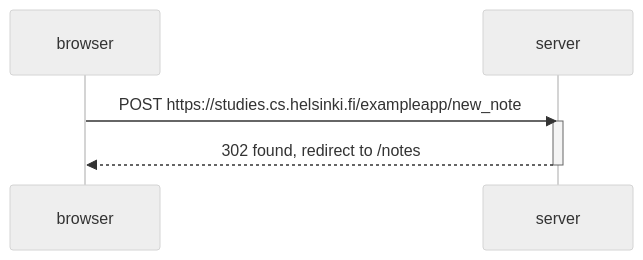
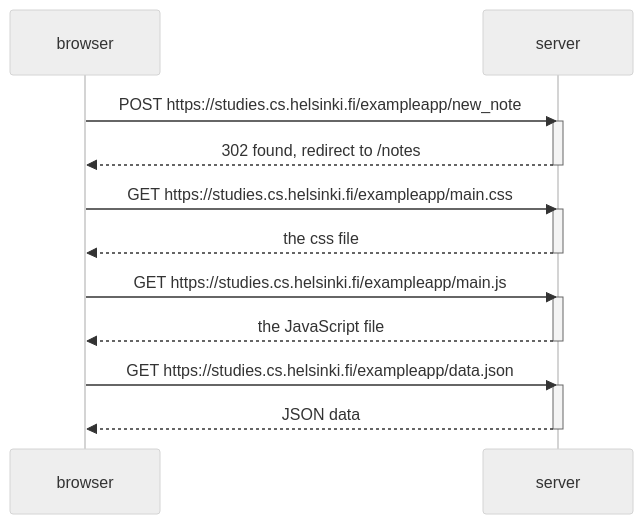
Before and after one commit to TeemuHarinen/fullstackopen: the diagram in osa0/04.md, drawn with Mermaid (neutral theme).

````diff
--- a/osa0/04.md
+++ b/osa0/04.md
@@ -2,10 +2,25 @@
 ```mermaid
 sequenceDiagram
     participant browser
     participant server
     
     browser->>server: POST https://studies.cs.helsinki.fi/exampleapp/new_note
     activate server
     server-->>browser: 302 found, redirect to /notes
     deactivate server
+    
+    browser->>server: GET https://studies.cs.helsinki.fi/exampleapp/main.css
+    activate server
+    server-->>browser: the css file
+    deactivate server
+    
+    browser->>server: GET https://studies.cs.helsinki.fi/exampleapp/main.js
+    activate server
+    server-->>browser: the JavaScript file
+    deactivate server
+    
+    browser->>server: GET https://studies.cs.helsinki.fi/exampleapp/data.json
+    activate server
+    server-->>browser: JSON data
+    deactivate server
 ```
````
